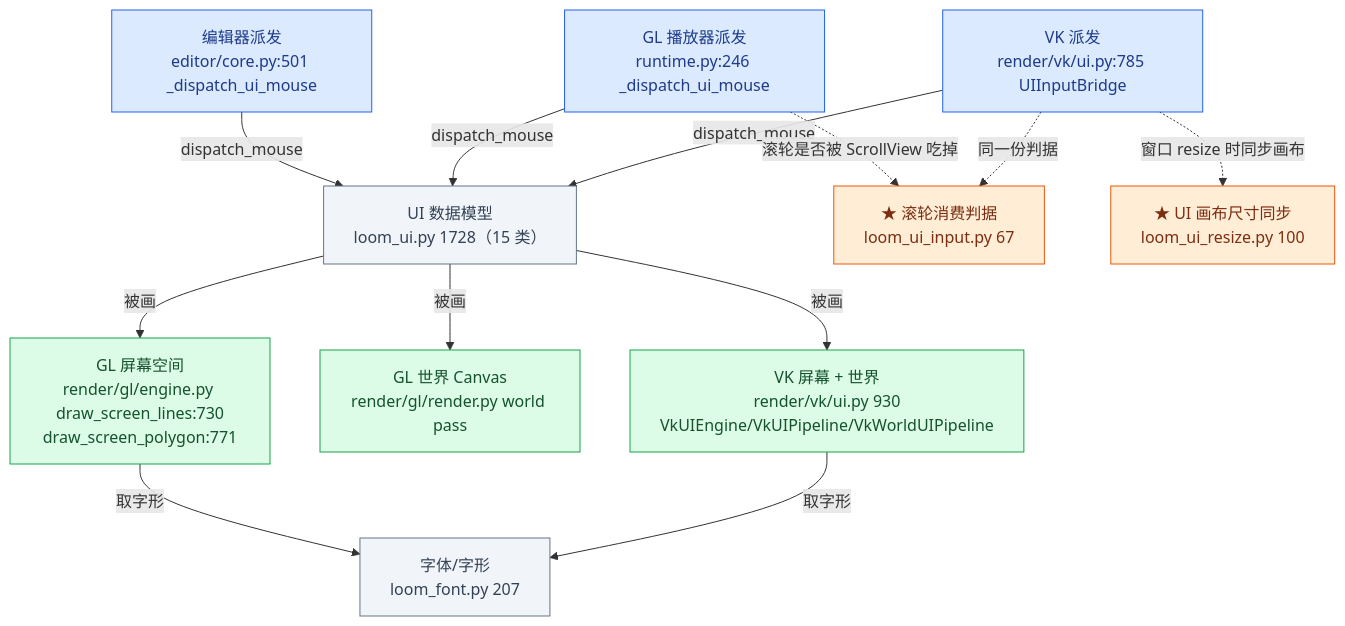
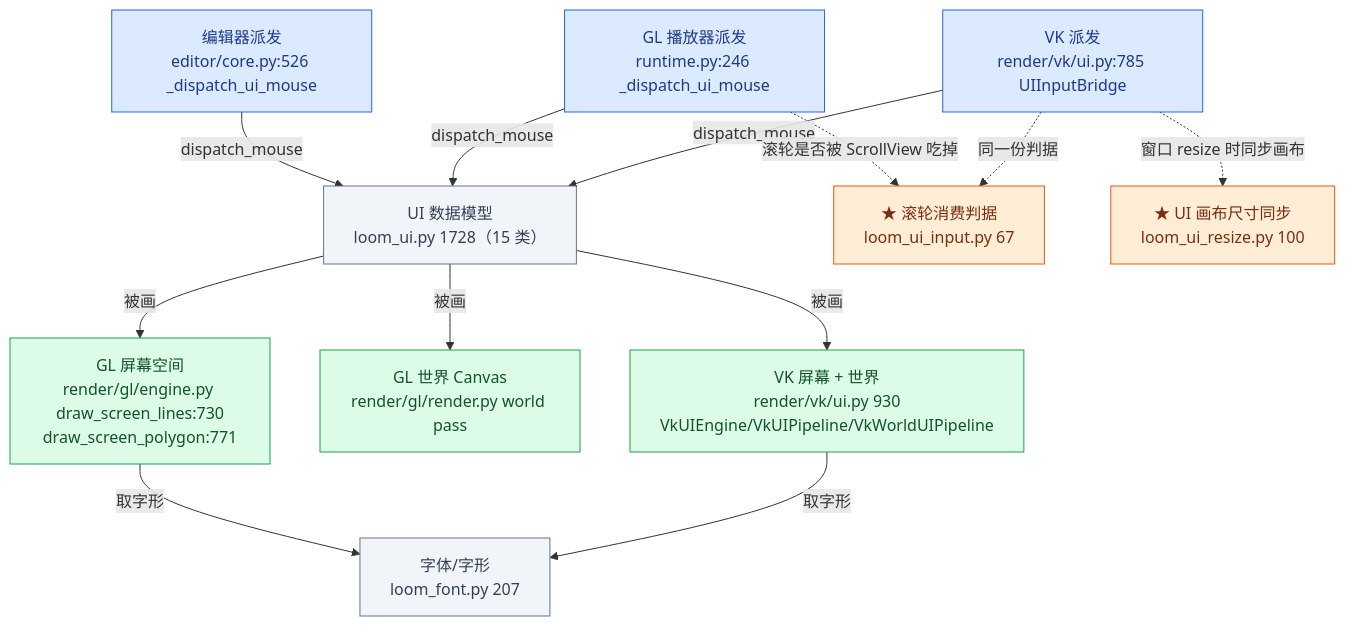
Before and after one commit to lhy302/WeaveEngine: the ninth of 23 diagrams in ARCHITECTURE.md, drawn with Mermaid. The commit also changed other lines of this file, not shown here.

Commit message:
B7-56/B7-57 架构图同步: GUI 全量命令化(7dc6c5b/757071e)+相机挂相机(edf1336) 后按实测刷新 图1/2/2a/2b/4/7/8/11/13/15/16/19 + 横幅 e397c11

````diff
--- a/ARCHITECTURE.md
+++ b/ARCHITECTURE.md
@@ -418,28 +427,28 @@
 ```mermaid
 flowchart TB
   D["UI 数据模型<br/>loom_ui.py 1728（15 类）"]:::file
   S1["★ 滚轮消费判据<br/>loom_ui_input.py 67"]:::contract
   S2["★ UI 画布尺寸同步<br/>loom_ui_resize.py 100"]:::contract
   P1["GL 屏幕空间<br/>render/gl/engine.py draw_screen_lines:730<br/>draw_screen_polygon:771"]:::impl
   P2["GL 世界 Canvas<br/>render/gl/render.py world pass"]:::impl
   P3["VK 屏幕 + 世界<br/>render/vk/ui.py 930<br/>VkUIEngine/VkUIPipeline/VkWorldUIPipeline"]:::impl
-  E1["编辑器派发<br/>editor/core.py:501 _dispatch_ui_mouse"]:::entry
+  E1["编辑器派发<br/>editor/core.py:526 _dispatch_ui_mouse"]:::entry
   E2["GL 播放器派发<br/>runtime.py:246 _dispatch_ui_mouse"]:::entry
   E3["VK 派发<br/>render/vk/ui.py:785 UIInputBridge"]:::entry
   F["字体/字形<br/>loom_font.py 207"]:::file
   D -->|被画| P1
   D -->|被画| P2
   D -->|被画| P3
   P1 -->|取字形| F
   P3 -->|取字形| F
   E1 -->|dispatch_mouse| D
   E2 -->|dispatch_mouse| D
   E3 -->|dispatch_mouse| D
   E2 -.->|滚轮是否被 ScrollView 吃掉| S1
   E3 -.->|同一份判据| S1
   E3 -.->|窗口 resize 时同步画布| S2
   classDef entry fill:#dbeafe,stroke:#2563eb,color:#1e3a8a
   classDef impl fill:#dcfce7,stroke:#16a34a,color:#14532d
   classDef contract fill:#ffedd5,stroke:#ea580c,color:#7c2d12
   classDef file fill:#f1f5f9,stroke:#64748b,color:#334155
 ```
````
